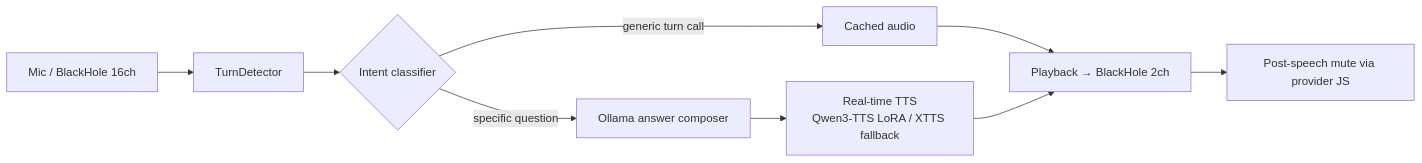
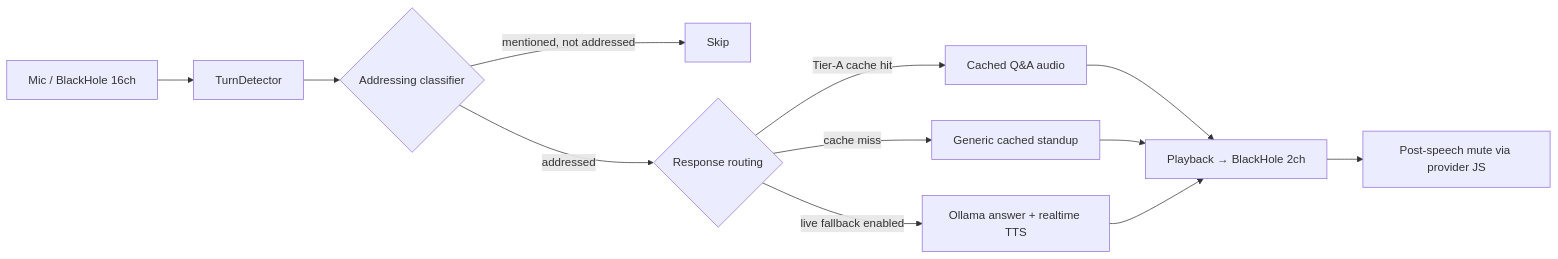
Before and after one commit to mshegolev/saymo: the diagram in docs/voice-identity.md, drawn with Mermaid. The commit also changed other lines of this file and 20 other files, not shown here.

````diff
--- a/docs/voice-identity.md
+++ b/docs/voice-identity.md
@@ -45,11 +47,14 @@
 ```mermaid
 flowchart LR
 A[Mic / BlackHole 16ch] --> B[TurnDetector]
-B --> C{Intent classifier}
-C -->|generic turn call| D[Cached audio]
-C -->|specific question| E[Ollama answer composer]
-E --> F[Real-time TTS<br/>Qwen3-TTS LoRA / XTTS fallback]
-D --> G[Playback → BlackHole 2ch]
-F --> G
-G --> H[Post-speech mute via provider JS]
+B --> C{Addressing classifier}
+C -->|mentioned, not addressed| X[Skip]
+C -->|addressed| D{Response routing}
+D -->|Tier-A cache hit| E[Cached Q&A audio]
+D -->|cache miss| F[Generic cached standup]
+D -->|live fallback enabled| G[Ollama answer + realtime TTS]
+E --> H[Playback → BlackHole 2ch]
+F --> H
+G --> H
+H --> I[Post-speech mute via provider JS]
 ```
````
